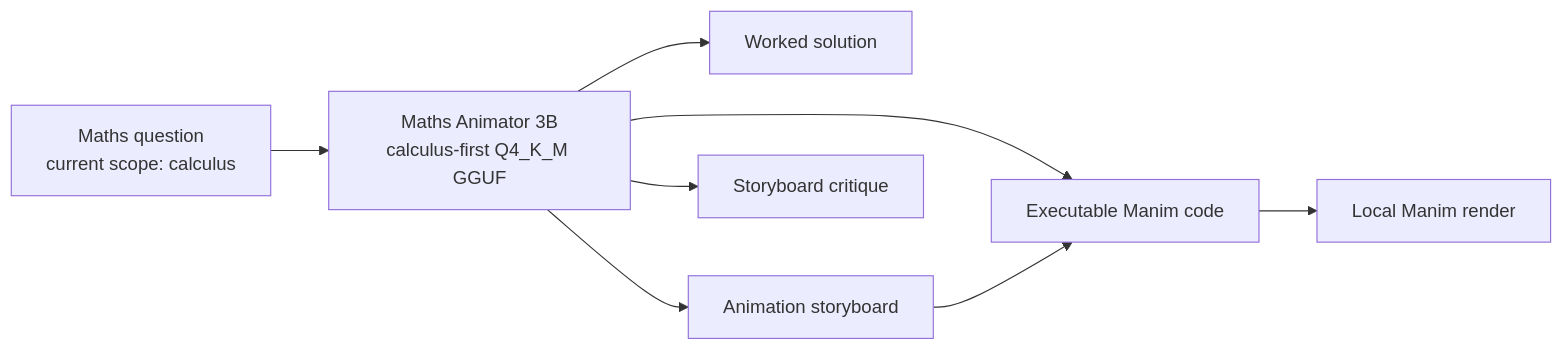
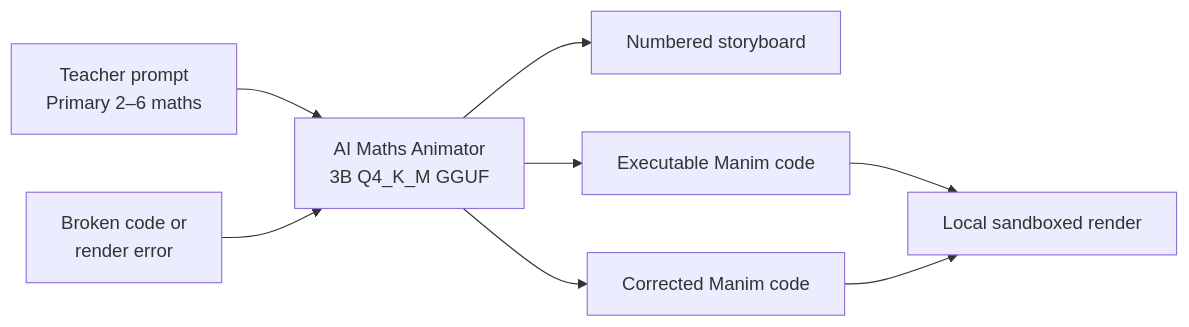
Before and after one commit to chima94/AI_Maths_Animator: the first of 2 diagrams in README.md, drawn with Mermaid. The commit also changed other lines of this file and 1 other file, not shown here.

````diff
--- a/README.md
+++ b/README.md
@@ -61,10 +54,10 @@
 ```mermaid
 flowchart LR
-    A[Maths question<br/>current scope: calculus] --> B[Maths Animator 3B<br/>calculus-first Q4_K_M GGUF]
-    B --> C[Worked solution]
-    B --> D[Animation storyboard]
-    B --> E[Executable Manim code]
-    B --> F[Storyboard critique]
-    D --> E
-    E --> G[Local Manim render]
+    A[Teacher prompt<br/>Primary 2–6 maths] --> B[AI Maths Animator<br/>3B Q4_K_M GGUF]
+    B --> C[Numbered storyboard]
+    B --> D[Executable Manim code]
+    E[Broken code or<br/>render error] --> B
+    B --> F[Corrected Manim code]
+    D --> G[Local sandboxed render]
+    F --> G
 ```
````
